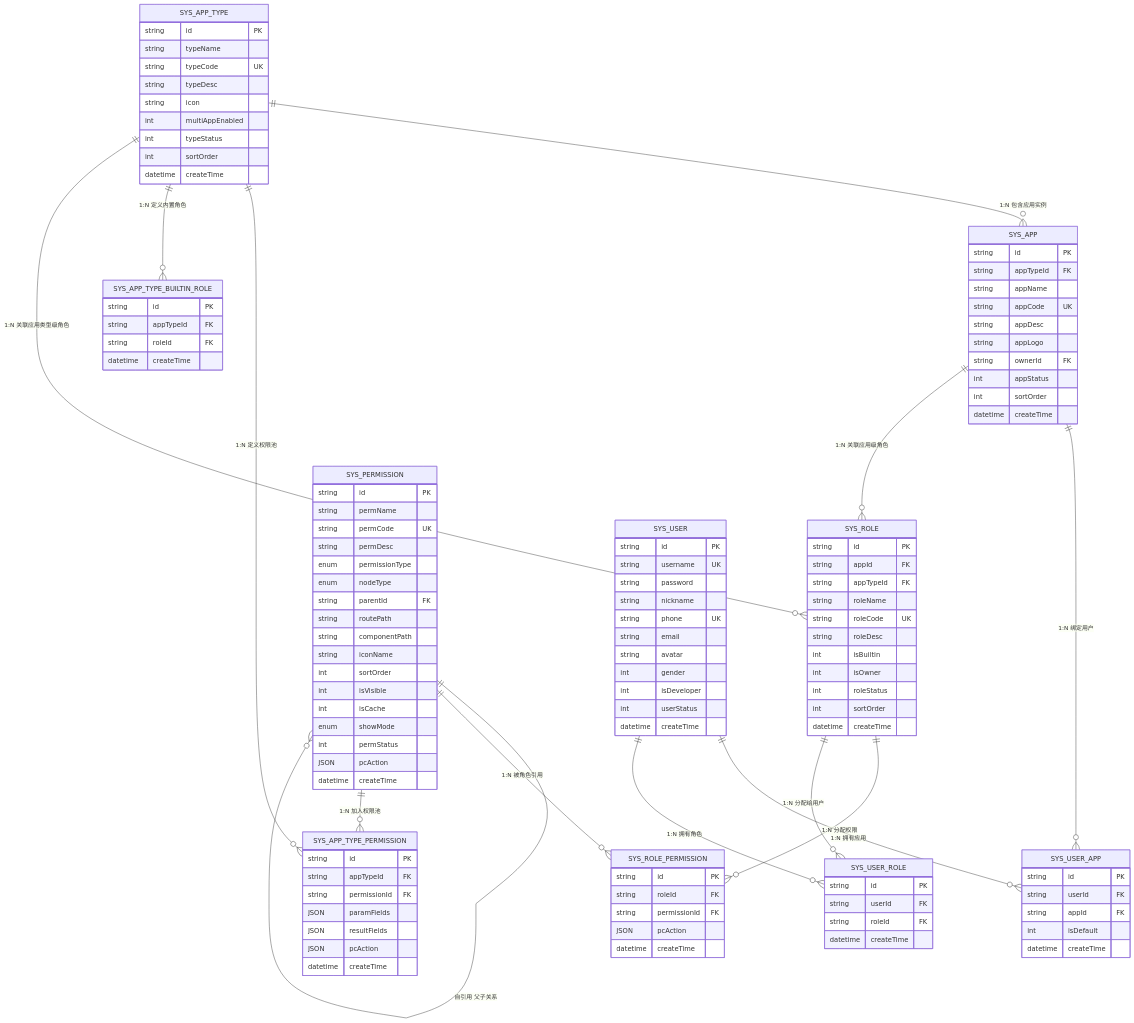
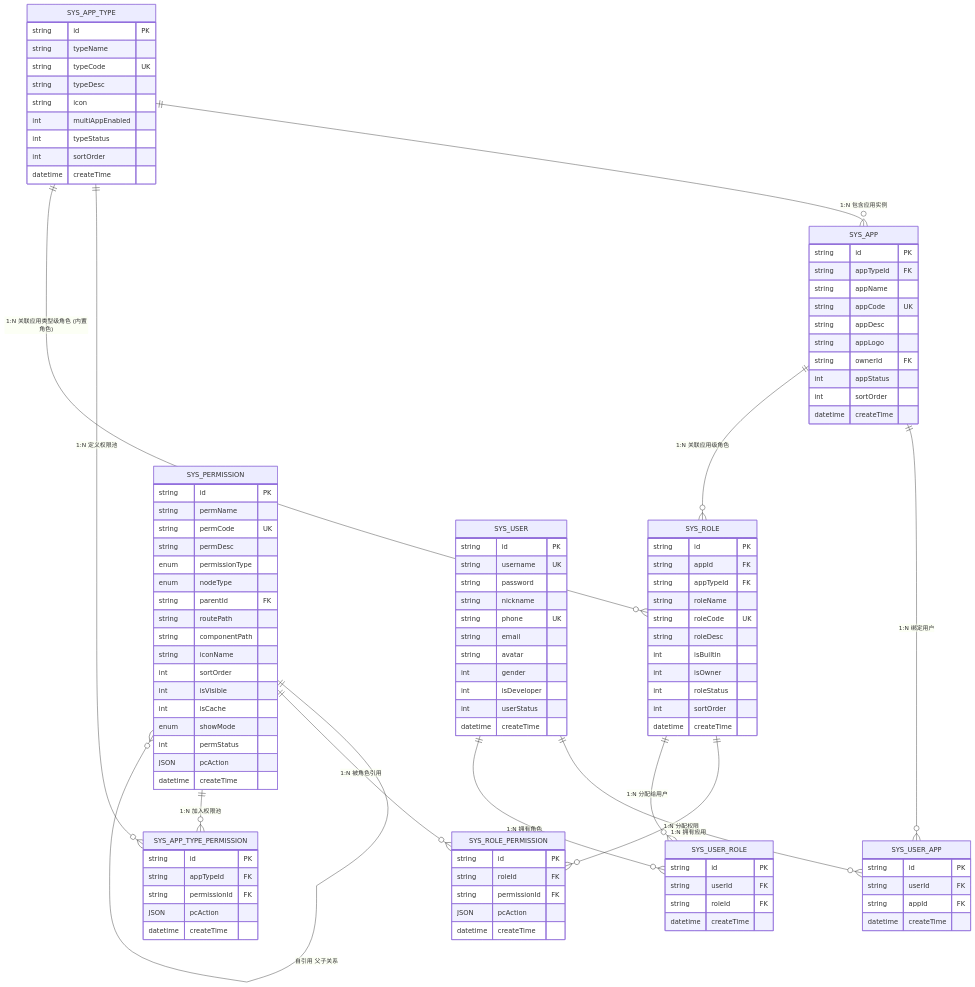
The diagram in docs/database/database-er-diagram.md (huyumo/moyan-mfw), drawn with Mermaid before and after one commit. The commit also changed other lines of this file and 5 other files, not shown here.

```diff
--- a/docs/database/database-er-diagram.md
+++ b/docs/database/database-er-diagram.md
@@ -25,8 +25,7 @@
 erDiagram
     SYS_APP_TYPE ||--o{ SYS_APP : "1:N 包含应用实例"
     SYS_APP_TYPE ||--o{ SYS_APP_TYPE_PERMISSION : "1:N 定义权限池"
-    SYS_APP_TYPE ||--o{ SYS_APP_TYPE_BUILTIN_ROLE : "1:N 定义内置角色"
-    SYS_APP_TYPE ||--o{ SYS_ROLE : "1:N 关联应用类型级角色"
+    SYS_APP_TYPE ||--o{ SYS_ROLE : "1:N 关联应用类型级角色 (内置角色)"
 
     SYS_APP ||--o{ SYS_USER_APP : "1:N 绑定用户"
     SYS_APP ||--o{ SYS_ROLE : "1:N 关联应用级角色"
@@ -126,16 +125,7 @@
         string id PK
         string appTypeId FK
         string permissionId FK
-        JSON paramFields
-        JSON resultFields
         JSON pcAction
-        datetime createTime
-    }
-
-    SYS_APP_TYPE_BUILTIN_ROLE {
-        string id PK
-        string appTypeId FK
-        string roleId FK
         datetime createTime
     }
 
@@ -143,7 +133,6 @@
         string id PK
         string userId FK
         string appId FK
-        int isDefault
         datetime createTime
     }
 
```
